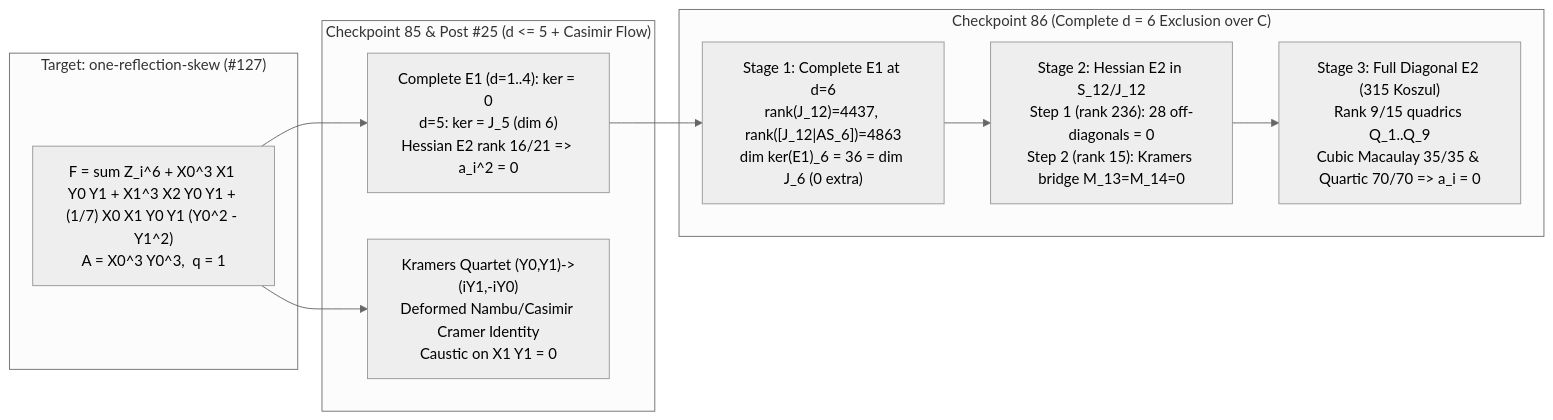
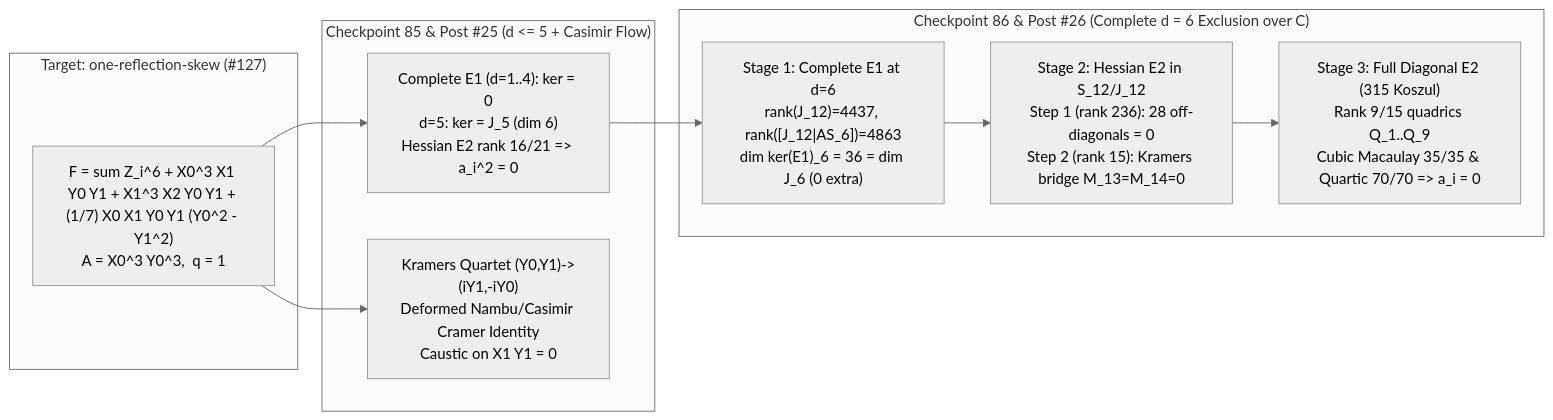
The diagram in LEDGER.md (rbajaj5/hodge-lab), drawn with Mermaid (neutral theme) before and after one commit. The commit also changed other lines of this file and 2 other files, not shown here.

Commit message:
Record Discussion #127 Post 26 (complete degree-6 exclusion) in LEDGER.md [skip ci]

````diff
--- a/LEDGER.md
+++ b/LEDGER.md
@@ -18,19 +18,19 @@
 ```mermaid
 flowchart LR
     subgraph target["Target: one-reflection-skew (#127)"]
         F["F = sum Z_i^6 + X0^3 X1 Y0 Y1 + X1^3 X2 Y0 Y1 + (1/7) X0 X1 Y0 Y1 (Y0^2 - Y1^2)<br/>A = X0^3 Y0^3,  q = 1"]
     end
     subgraph cp85["Checkpoint 85 & Post #25 (d <= 5 + Casimir Flow)"]
         E1_5["Complete E1 (d=1..4): ker = 0<br/>d=5: ker = J_5 (dim 6)<br/>Hessian E2 rank 16/21 => a_i^2 = 0"]
         NAMBU["Kramers Quartet (Y0,Y1)->(iY1,-iY0)<br/>Deformed Nambu/Casimir Cramer Identity<br/>Caustic on X1 Y1 = 0"]
     end
-    subgraph cp86["Checkpoint 86 (Complete d = 6 Exclusion over C)"]
+    subgraph cp86["Checkpoint 86 & Post #26 (Complete d = 6 Exclusion over C)"]
         E1_6["Stage 1: Complete E1 at d=6<br/>rank(J_12)=4437, rank([J_12|AS_6])=4863<br/>dim ker(E1)_6 = 36 = dim J_6 (0 extra)"]
         E2_H["Stage 2: Hessian E2 in S_12/J_12<br/>Step 1 (rank 236): 28 off-diagonals = 0<br/>Step 2 (rank 15): Kramers bridge M_13=M_14=0"]
         E2_D["Stage 3: Full Diagonal E2 (315 Koszul)<br/>Rank 9/15 quadrics Q_1..Q_9<br/>Cubic Macaulay 35/35 & Quartic 70/70 => a_i = 0"]
     end
     F --> E1_5
     F --> NAMBU
     E1_5 --> E1_6
     E1_6 --> E2_H --> E2_D
 ```
````
